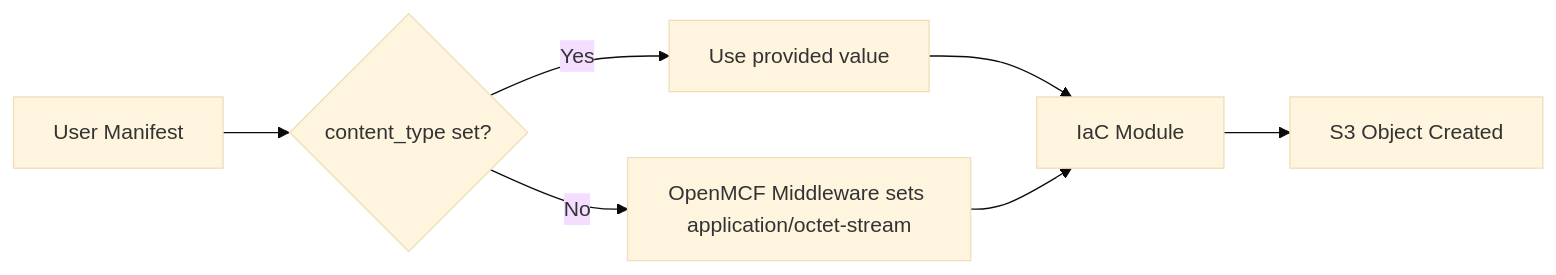
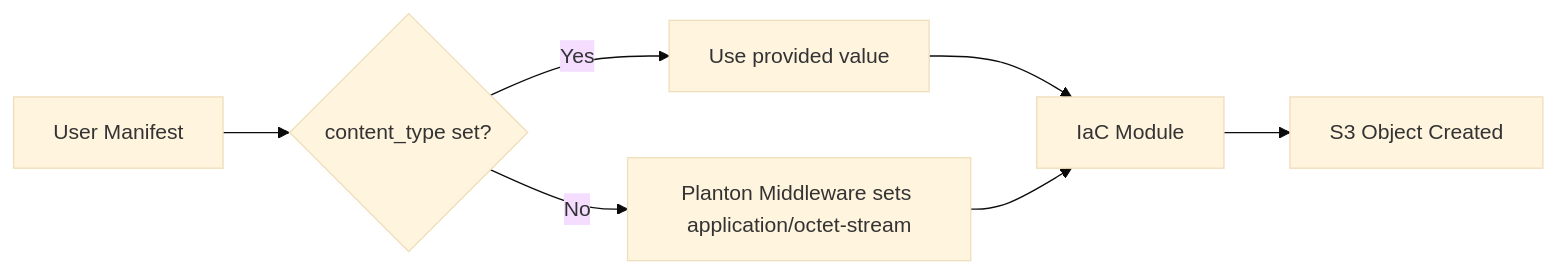
Before and after one commit to plantonhq/planton: the diagram in _changelog/2026-02/2026-02-09-143931-aws-s3-object-set-deployment-component.md, drawn with Mermaid (base theme). The commit also changed other lines of this file and 26098 other files, not shown here.

First line of the commit message:
refactor(repo): rebrand OpenMCF to Planton (module, protos, CLI, domain) (#449)

````diff
--- a/_changelog/2026-02/2026-02-09-143931-aws-s3-object-set-deployment-component.md
+++ b/_changelog/2026-02/2026-02-09-143931-aws-s3-object-set-deployment-component.md
@@ -66,9 +66,9 @@
 ```mermaid
 flowchart LR
     A[User Manifest] --> B{content_type set?}
     B -->|Yes| C[Use provided value]
-    B -->|No| D["OpenMCF Middleware sets application/octet-stream"]
+    B -->|No| D["Planton Middleware sets application/octet-stream"]
     C --> E[IaC Module]
     D --> E
     E --> F[S3 Object Created]
 ```
````
